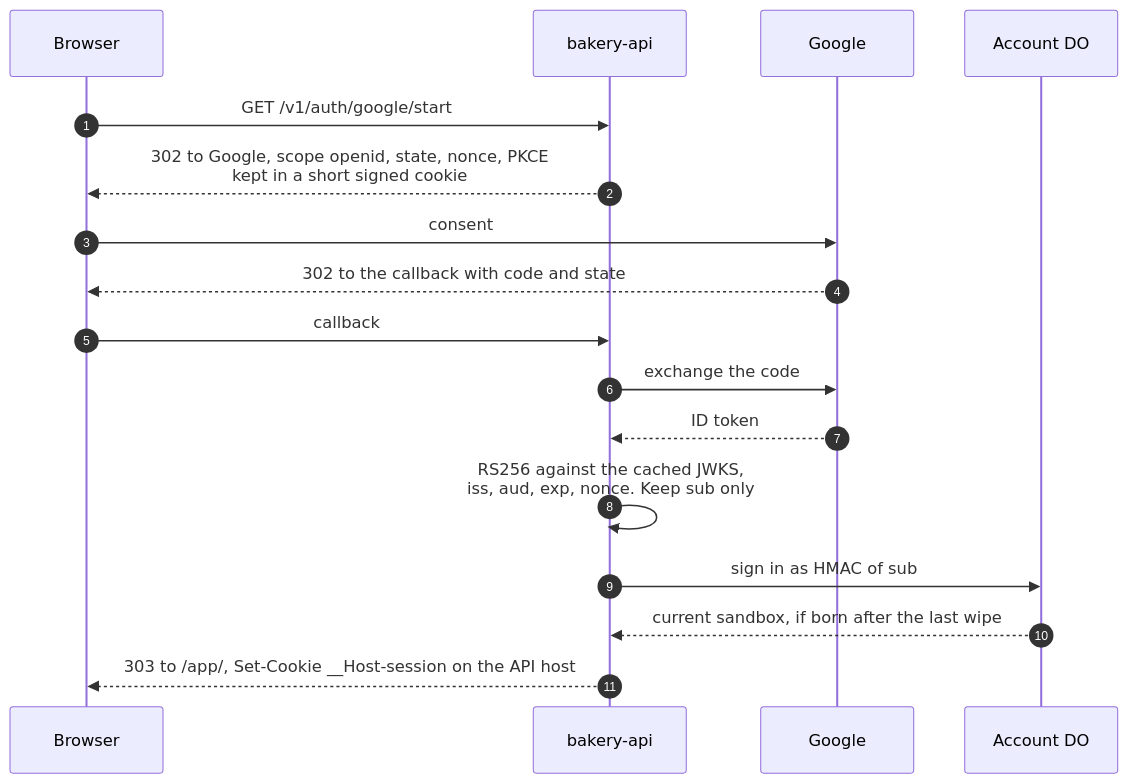
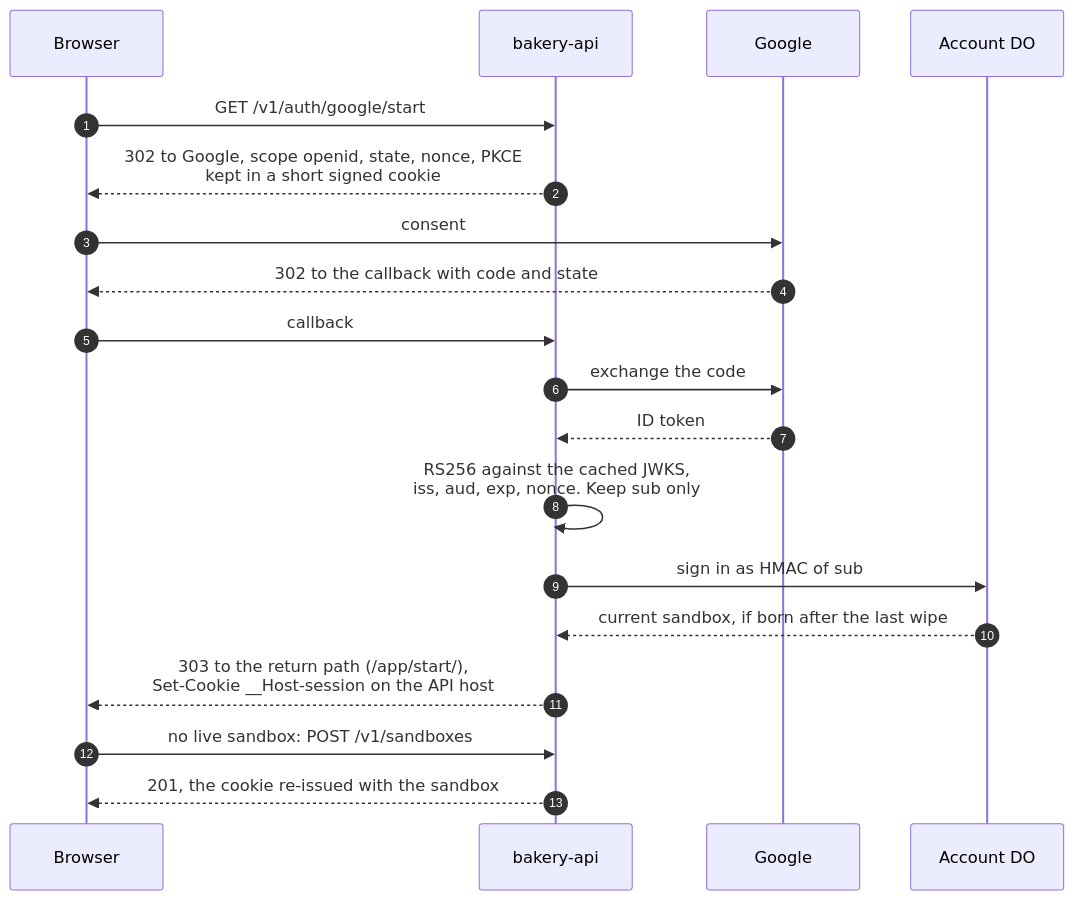
One commit to IHaveASegway/bakery changed the fourth of 11 diagrams in docs/architecture.md. Above: the diagram before and after it, drawn with Mermaid. The commit also changed other lines of this file and 13 other files, not shown here.

First line of the commit message:
Start a sandbox where a Google or GitHub sign-in lands

````diff
--- a/docs/architecture.md
+++ b/docs/architecture.md
@@ -329,19 +329,21 @@
 ```mermaid
 sequenceDiagram
   autonumber
   participant B as Browser
   participant A as bakery-api
   participant G as Google
   participant AC as Account DO
   B->>A: GET /v1/auth/google/start
   A-->>B: 302 to Google, scope openid, state, nonce, PKCE<br/>kept in a short signed cookie
   B->>G: consent
   G-->>B: 302 to the callback with code and state
   B->>A: callback
   A->>G: exchange the code
   G-->>A: ID token
   A->>A: RS256 against the cached JWKS,<br/>iss, aud, exp, nonce. Keep sub only
   A->>AC: sign in as HMAC of sub
   AC-->>A: current sandbox, if born after the last wipe
-  A-->>B: 303 to /app/, Set-Cookie __Host-session on the API host
+  A-->>B: 303 to the return path (/app/start/),<br/>Set-Cookie __Host-session on the API host
+  B->>A: no live sandbox: POST /v1/sandboxes
+  A-->>B: 201, the cookie re-issued with the sandbox
 ```
````
